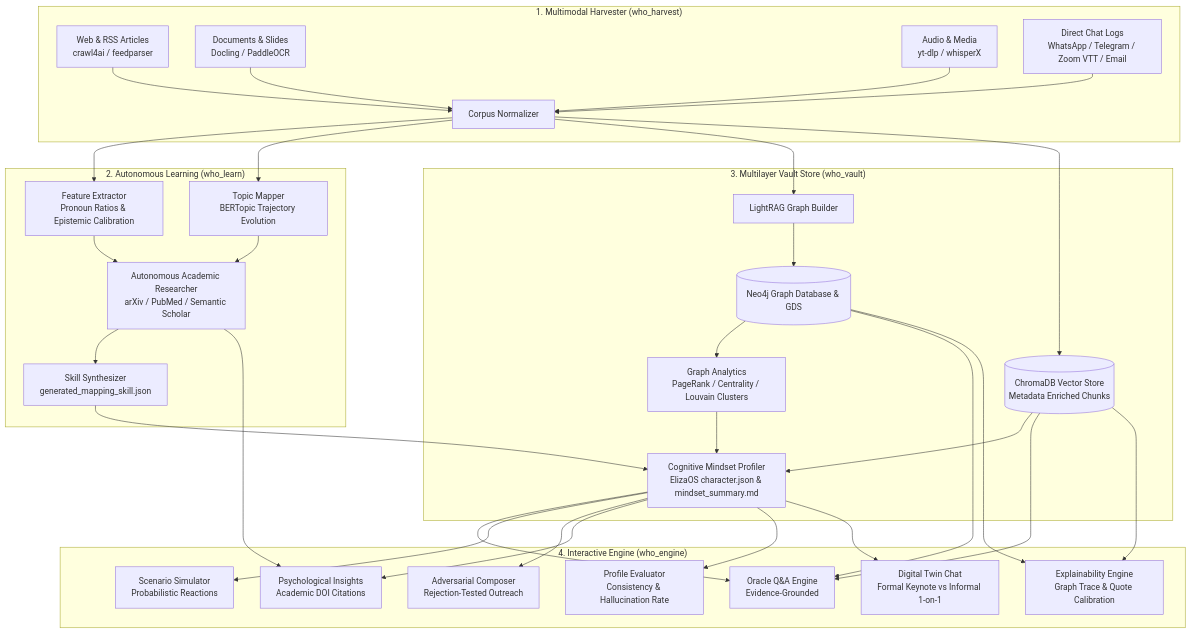
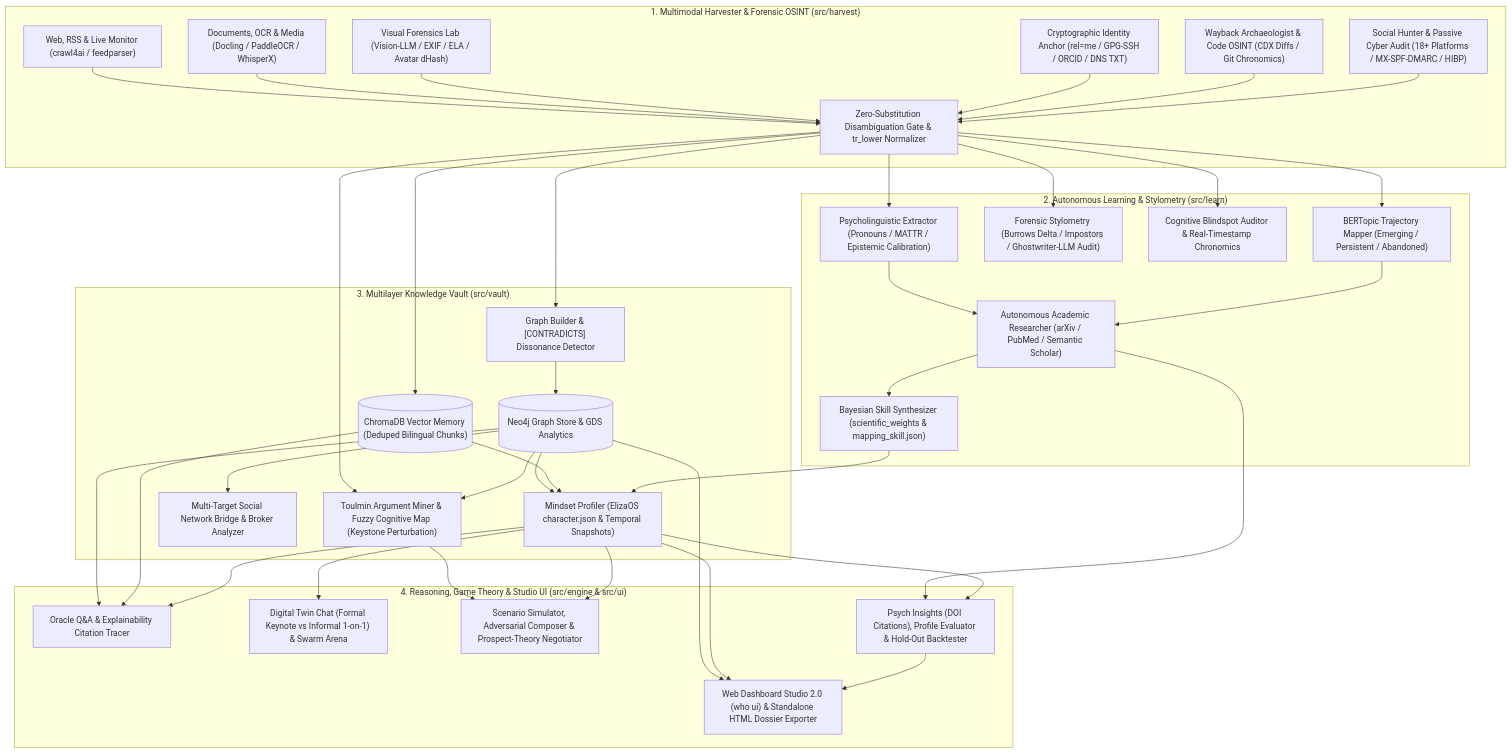
Before and after one commit to tilkiii/the-project-who: the diagram in README.md, drawn with Mermaid. The commit also changed other lines of this file, not shown here.

Commit message:
docs(readme): document forensic stylometry, Toulmin/FCM, negotiation, OSINT & Turkish NLP modules

````diff
--- a/README.md
+++ b/README.md
@@ -71,34 +83,37 @@
 ```mermaid
 flowchart TD
-    subgraph Layer1["1. Multimodal Harvester (who_harvest)"]
-        A1[Web & RSS Articles\ncrawl4ai / feedparser] --> INGEST[Corpus Normalizer]
-        A2[Documents & Slides\nDocling / PaddleOCR] --> INGEST
-        A3[Audio & Media\nyt-dlp / whisperX] --> INGEST
-        A4[Direct Chat Logs\nWhatsApp / Telegram / Zoom VTT / Email] --> INGEST
+    subgraph Layer1["1. Multimodal Harvester & Forensic OSINT (src/harvest)"]
+        A1["Web, RSS & Live Monitor (crawl4ai / feedparser)"] --> GATE["Zero-Substitution Disambiguation Gate & tr_lower Normalizer"]
+        A2["Documents, OCR & Media (Docling / PaddleOCR / WhisperX)"] --> GATE
+        A3["Visual Forensics Lab (Vision-LLM / EXIF / ELA / Avatar dHash)"] --> GATE
+        A4["Cryptographic Identity Anchor (rel=me / GPG-SSH / ORCID / DNS TXT)"] --> GATE
+        A5["Wayback Archaeologist & Code OSINT (CDX Diffs / Git Chronomics)"] --> GATE
+        A6["Social Hunter & Passive Cyber Audit (18+ Platforms / MX-SPF-DMARC / HIBP)"] --> GATE
     end
 
-    subgraph Layer2["2. Autonomous Learning (who_learn)"]
-        INGEST --> B1[Feature Extractor\nPronoun Ratios & Epistemic Calibration]
-        INGEST --> B2[Topic Mapper\nBERTopic Trajectory Evolution]
-        B1 & B2 --> B3[Autonomous Academic Researcher\narXiv / PubMed / Semantic Scholar]
-        B3 --> B4[Skill Synthesizer\ngenerated_mapping_skill.json]
+    subgraph Layer2["2. Autonomous Learning & Stylometry (src/learn)"]
+        GATE --> B1["Psycholinguistic Extractor (Pronouns / MATTR / Epistemic Calibration)"]
+        GATE --> B2["Forensic Stylometry (Burrows Delta / Impostors / Ghostwriter-LLM Audit)"]
+        GATE --> B3["Cognitive Blindspot Auditor & Real-Timestamp Chronomics"]
+        GATE --> B4["BERTopic Trajectory Mapper (Emerging / Persistent / Abandoned)"]
+        B1 & B4 --> B5["Autonomous Academic Researcher (arXiv / PubMed / Semantic Scholar)"]
+        B5 --> B6["Bayesian Skill Synthesizer (scientific_weights & mapping_skill.json)"]
     end
 
-    subgraph Layer3["3. Multilayer Vault Store (who_vault)"]
-        INGEST --> C1[LightRAG Graph Builder]
-        C1 --> C2[(Neo4j Graph Database & GDS)]
-        C2 --> C3[Graph Analytics\nPageRank / Centrality / Louvain Clusters]
-        INGEST --> C4[(ChromaDB Vector Store\nMetadata Enriched Chunks)]
-        C3 & C4 & B4 --> C5[Cognitive Mindset Profiler\nElizaOS character.json & mindset_summary.md]
+    subgraph Layer3["3. Multilayer Knowledge Vault (src/vault)"]
+        GATE --> C1["Graph Builder & [CONTRADICTS] Dissonance Detector"]
+        C1 --> C2[("Neo4j Graph Store & GDS Analytics")]
+        GATE --> C3[("ChromaDB Vector Memory (Deduped Bilingual Chunks)")]
+        GATE & C2 --> C4["Toulmin Argument Miner & Fuzzy Cognitive Map (Keystone Perturbation)"]
+        C2 & C3 & B6 --> C5["Mindset Profiler (ElizaOS character.json & Temporal Snapshots)"]
+        C2 --> C6["Multi-Target Social Network Bridge & Broker Analyzer"]
     end
 
-    subgraph Layer4["4. Interactive Engine (who_engine)"]
-        C2 & C4 & C5 --> D1[Oracle Q&A Engine\nEvidence-Grounded]
-        C5 --> D2[Scenario Simulator\nProbabilistic Reactions]
-        C5 --> D3[Adversarial Composer\nRejection-Tested Outreach]
-        B3 & C5 --> D4[Psychological Insights\nAcademic DOI Citations]
-        C2 & C4 --> D5[Explainability Engine\nGraph Trace & Quote Calibration]
-        C5 --> D6[Profile Evaluator\nConsistency & Hallucination Rate]
-        C5 --> D7[Digital Twin Chat\nFormal Keynote vs Informal 1-on-1]
+    subgraph Layer4["4. Reasoning, Game Theory & Studio UI (src/engine & src/ui)"]
+        C2 & C3 & C5 --> D1["Oracle Q&A & Explainability Citation Tracer"]
+        C5 --> D2["Digital Twin Chat (Formal Keynote vs Informal 1-on-1) & Swarm Arena"]
+        C4 & C5 --> D3["Scenario Simulator, Adversarial Composer & Prospect-Theory Negotiator"]
+        B5 & C5 --> D4["Psych Insights (DOI Citations), Profile Evaluator & Hold-Out Backtester"]
+        C2 & C5 & D4 --> D5["Web Dashboard Studio 2.0 (who ui) & Standalone HTML Dossier Exporter"]
     end
 ```
````
